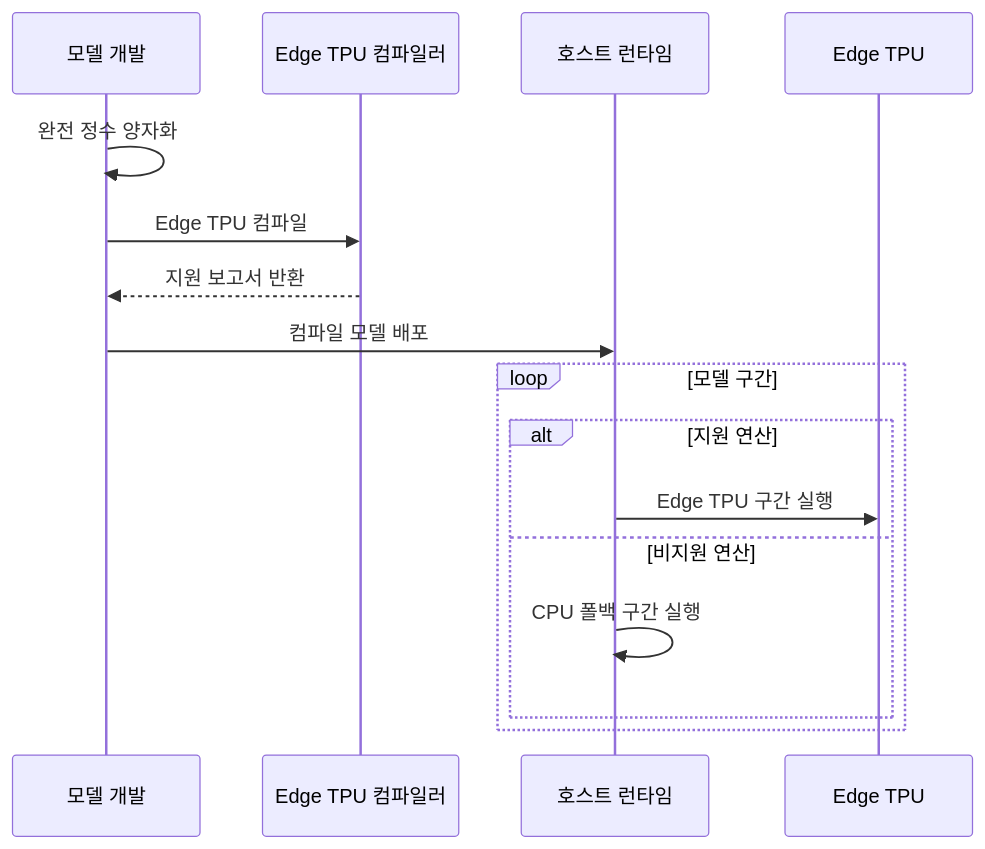
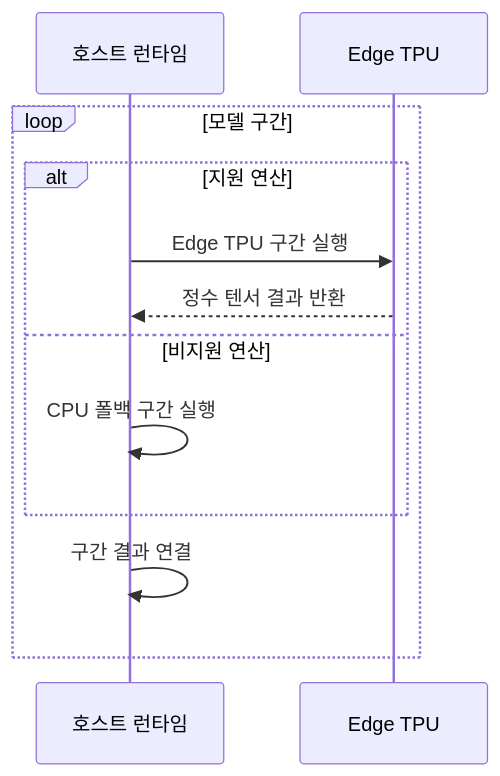
The second of 2 diagrams in src/content/docs/notes/02-hardware/045_edge_tpu.md (agnusdei1207/knowledge-base), drawn with Mermaid before and after one commit. The commit also changed other lines of this file and 17 other files, not shown here.

````diff
--- a/src/content/docs/notes/02-hardware/045_edge_tpu.md
+++ b/src/content/docs/notes/02-hardware/045_edge_tpu.md
@@ -89,18 +89,14 @@
 ```mermaid
 sequenceDiagram
-    participant D as 모델 개발
-    participant C as Edge TPU 컴파일러
     participant H as 호스트 런타임
     participant E as Edge TPU
-    D->>D: 완전 정수 양자화
-    D->>C: Edge TPU 컴파일
-    C-->>D: 지원 보고서 반환
-    D->>H: 컴파일 모델 배포
     loop 모델 구간
         alt 지원 연산
             H->>E: Edge TPU 구간 실행
+            E-->>H: 정수 텐서 결과 반환
         else 비지원 연산
             H->>H: CPU 폴백 구간 실행
         end
+        H->>H: 구간 결과 연결
     end
 ```
````
